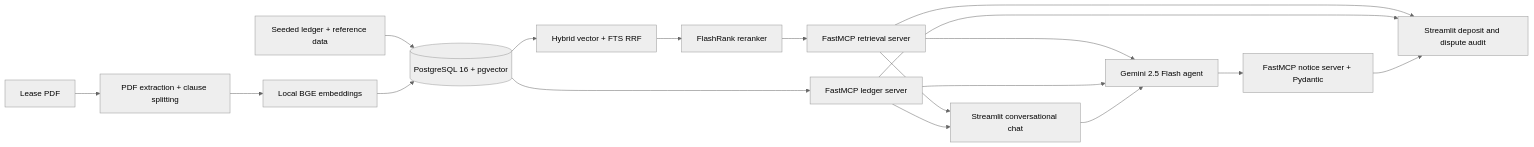
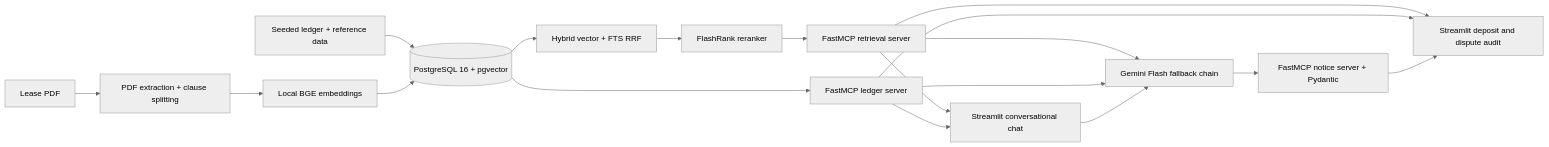
The diagram in README.md (gittarsem/leaselens), drawn with Mermaid (neutral theme) before and after one commit. The commit also changed other lines of this file and 36 other files, not shown here.

````diff
--- a/README.md
+++ b/README.md
@@ -9,20 +9,20 @@
 ```mermaid
 flowchart LR
   PDF[Lease PDF] --> ING[PDF extraction + clause splitting]
   SQL[Seeded ledger + reference data] --> DB[(PostgreSQL 16 + pgvector)]
   ING --> EMB[Local BGE embeddings]
   EMB --> DB
   DB --> RAG[Hybrid vector + FTS RRF]
   RAG --> RR[FlashRank reranker]
   RR --> MCP1[FastMCP retrieval server]
   DB --> MCP2[FastMCP ledger server]
-  MCP1 --> GEM[Gemini 2.5 Flash agent]
+  MCP1 --> GEM[Gemini Flash fallback chain]
   MCP2 --> GEM
   GEM --> MCP3[FastMCP notice server + Pydantic]
   MCP1 --> CHAT[Streamlit conversational chat]
   MCP2 --> CHAT
   CHAT --> GEM
   MCP1 --> UI[Streamlit deposit and dispute audit]
   MCP2 --> UI
   MCP3 --> UI
 ```
````
